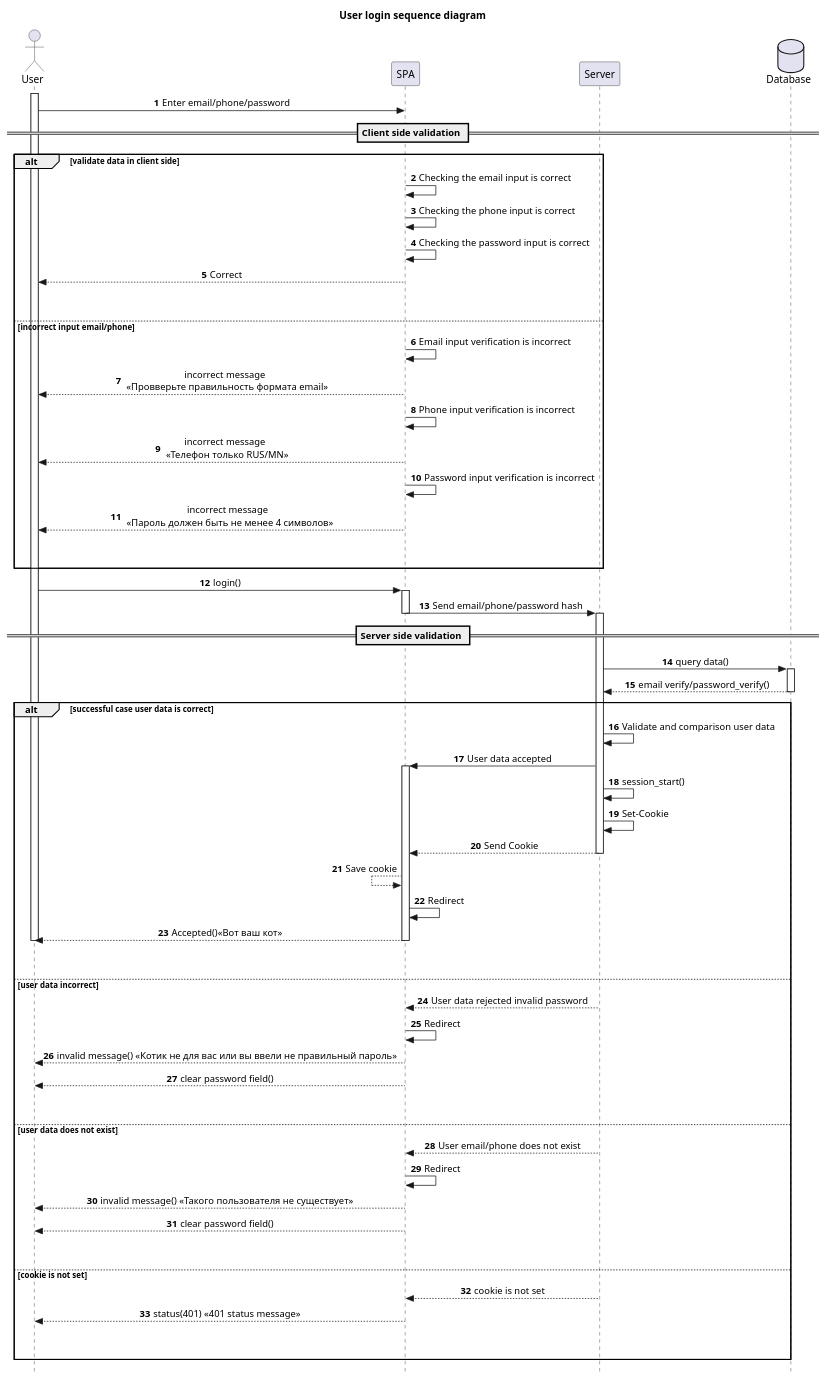
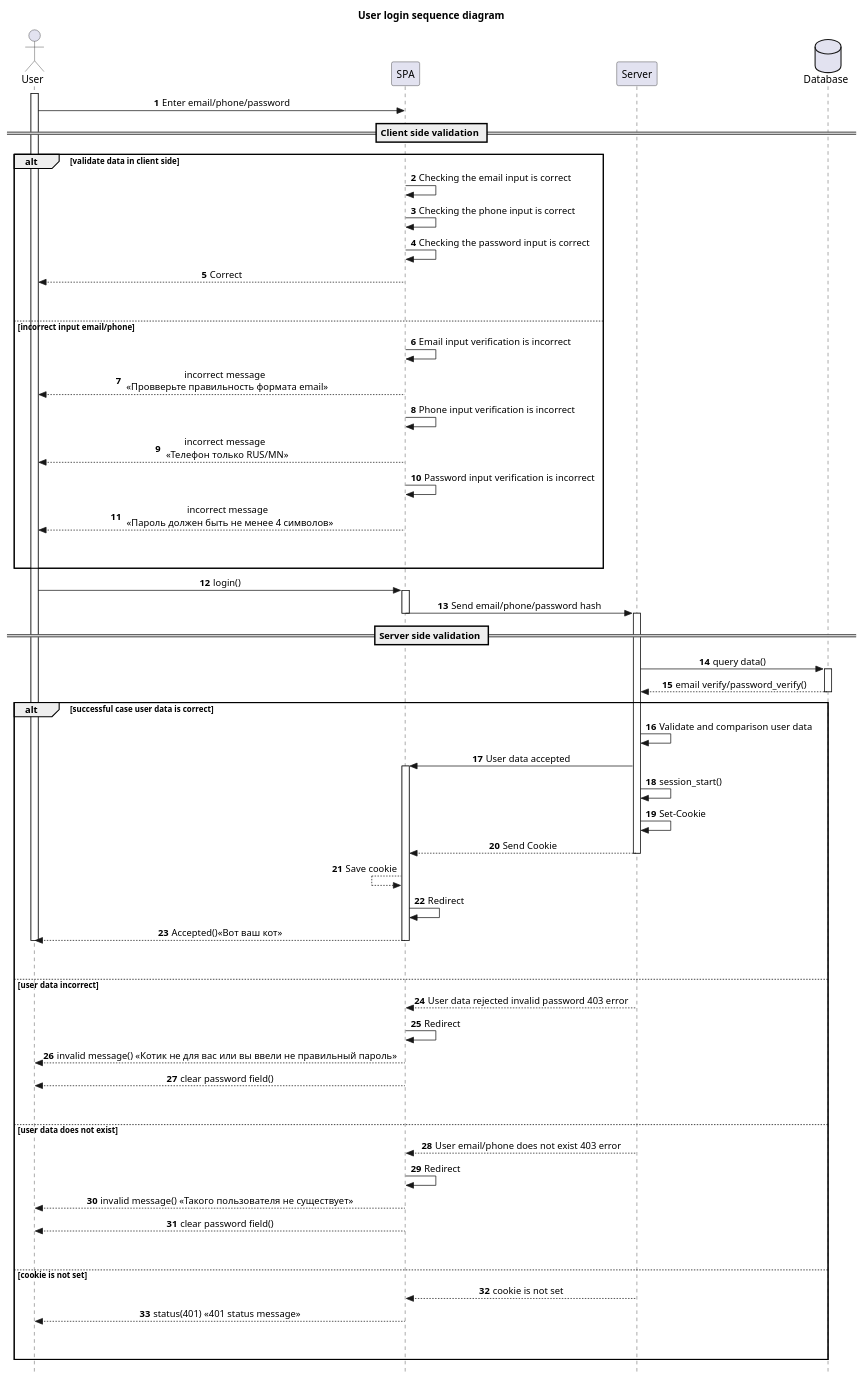
Before and after one commit to godoxyfair/igumenova_rmr_hw_server: the diagram in Sucsessful_unsucsessful UML.puml, drawn with PlantUML.

Commit message:
(un)successful case & cookie (need hints)

```diff
--- a/Sucsessful_unsucsessful UML.puml
+++ b/Sucsessful_unsucsessful UML.puml
@@ -1,82 +1,82 @@
 @startuml
 'https://plantuml.com/sequence-diagram
 
 autonumber
 title User login sequence diagram
 actor User
 participant SPA
 participant Server
 database  Database
 activate User
 
 
 skinparam sequenceMessageAlign center
 skinparam style strictuml
 
 
 User -> SPA : Enter email/phone/password
 == Client side validation ==
 
 alt validate data in client side
     SPA -> SPA: Checking the email input is correct
     SPA -> SPA: Checking the phone input is correct
     SPA -> SPA: Checking the password input is correct
     SPA --> User: Correct
 ||45||
 else incorrect input email/phone
     SPA -> SPA: Email input verification is incorrect
     SPA --> User: incorrect message \n <<Провверьте правильность формата email>>
     SPA -> SPA: Phone input verification is incorrect
     SPA --> User: incorrect message \n <<Телефон только RUS/MN>>
     SPA -> SPA: Password input verification is incorrect
     SPA --> User: incorrect message \n <<Пароль должен быть не менее 4 символов>>
 ||45||
 end
 
 deactivate SPA
 User -> SPA : login()
 
 activate SPA
 SPA -> Server: Send email/phone/password hash
 == Server side validation ==
 deactivate SPA
 
 activate Server
 Server -> Database: query data()
 activate Database
 Database --> Server: email verify/password_verify()
 deactivate Database
 
 alt successful case user data is correct
     Server -> Server: Validate and comparison user data
     Server -> SPA : User data accepted
     activate SPA
     Server -> Server: session_start()
     Server -> Server: Set-Cookie
     Server --> SPA: Send Cookie
     deactivate Server
     SPA <-- SPA: Save cookie
     SPA -> SPA : Redirect
     SPA --> User: Accepted()<<Вот ваш кот>>
     deactivate SPA
     deactivate User
 ||45||
 else user data incorrect
-    Server --> SPA: User data rejected invalid password
+    Server --> SPA: User data rejected invalid password 403 error
     SPA -> SPA: Redirect
     SPA --> User: invalid message() <<Котик не для вас или вы ввели не правильный пароль>>
     SPA --> User: clear password field()
 ||45||
 else user data does not exist
-    Server --> SPA: User email/phone does not exist
+    Server --> SPA: User email/phone does not exist 403 error
     SPA -> SPA: Redirect
     SPA --> User: invalid message() <<Такого пользователя не существует>>
     SPA --> User: clear password field()
 ||45||
 else cookie is not set
     Server --> SPA: cookie is not set
     SPA --> User: status(401) <<401 status message>>
 ||45||
 end
 
 @enduml
```
